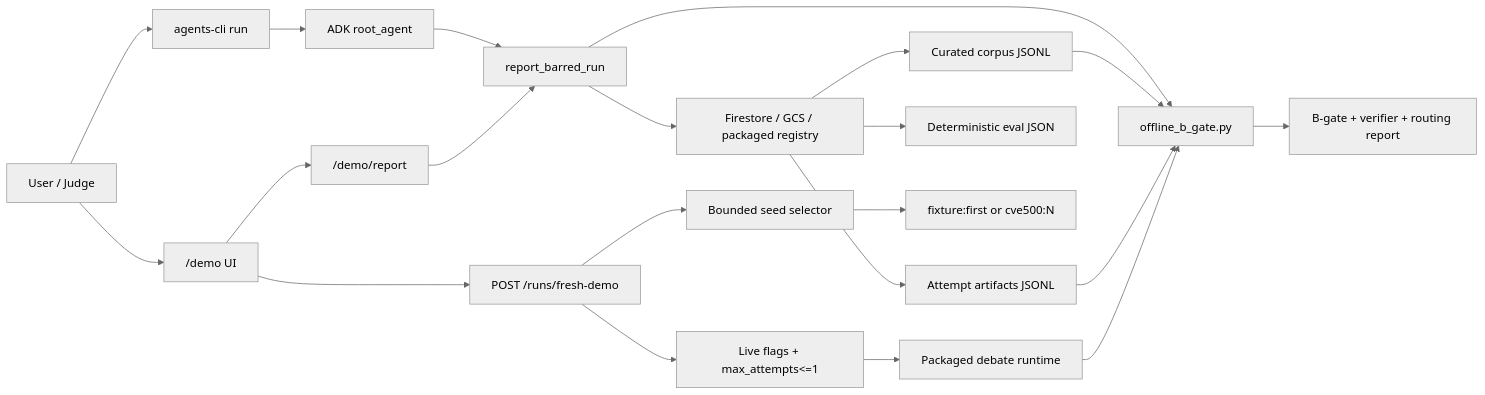
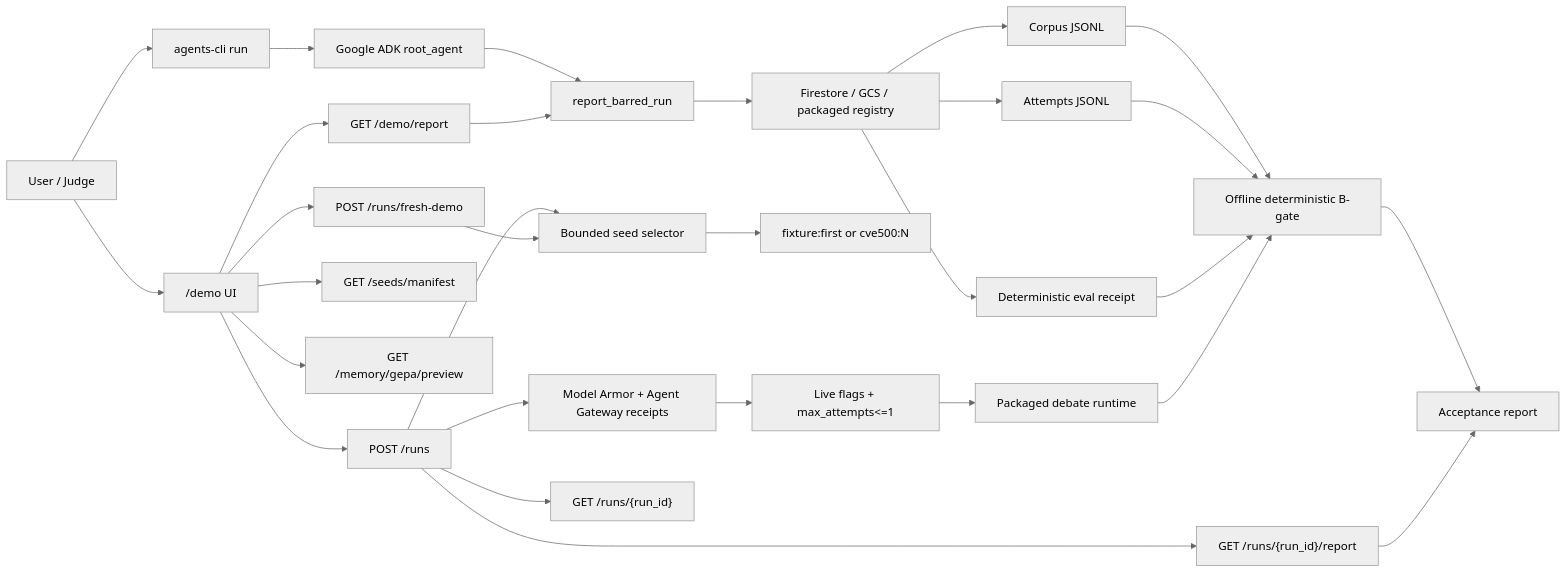
The diagram in README.md (surfiniaburger/barred-fleet), drawn with Mermaid (neutral theme) before and after one commit. The commit also changed other lines of this file and 2 other files, not shown here.

````diff
--- a/README.md
+++ b/README.md
@@ -91,23 +124,31 @@
 ```mermaid
 flowchart LR
     User["User / Judge"] --> Demo["/demo UI"]
     User --> ADK["agents-cli run"]
-    Demo --> ReportAPI["/demo/report"]
-    Demo --> FreshAPI["POST /runs/fresh-demo"]
-    ADK --> RootAgent["ADK root_agent"]
+    Demo --> DemoReport["GET /demo/report"]
+    Demo --> ProductRun["POST /runs"]
+    Demo --> FreshCompat["POST /runs/fresh-demo"]
+    Demo --> SeedManifest["GET /seeds/manifest"]
+    Demo --> MemoryPreview["GET /memory/gepa/preview"]
+    ADK --> RootAgent["Google ADK root_agent"]
     RootAgent --> Tool["report_barred_run"]
-    ReportAPI --> Tool
+    DemoReport --> Tool
     Tool --> Registry["Firestore / GCS / packaged registry"]
-    Registry --> Corpus["Curated corpus JSONL"]
-    Registry --> Attempts["Attempt artifacts JSONL"]
-    Registry --> Eval["Deterministic eval JSON"]
-    Tool --> BGate["offline_b_gate.py"]
-    Corpus --> BGate
+    Registry --> Corpus["Corpus JSONL"]
+    Registry --> Attempts["Attempts JSONL"]
+    Registry --> Eval["Deterministic eval receipt"]
+    Corpus --> BGate["Offline deterministic B-gate"]
     Attempts --> BGate
-    BGate --> Result["B-gate + verifier + routing report"]
-    FreshAPI --> Selector["Bounded seed selector"]
+    Eval --> BGate
+    BGate --> Report["Acceptance report"]
+    ProductRun --> Selector["Bounded seed selector"]
+    FreshCompat --> Selector
     Selector --> Seeds["fixture:first or cve500:N"]
-    FreshAPI --> LiveGate["Live flags + max_attempts<=1"]
+    ProductRun --> Safety["Model Armor + Agent Gateway receipts"]
+    Safety --> LiveGate["Live flags + max_attempts<=1"]
     LiveGate --> Runtime["Packaged debate runtime"]
     Runtime --> BGate
+    ProductRun --> Status["GET /runs/{run_id}"]
+    ProductRun --> ProductReport["GET /runs/{run_id}/report"]
+    ProductReport --> Report
 ```
````
